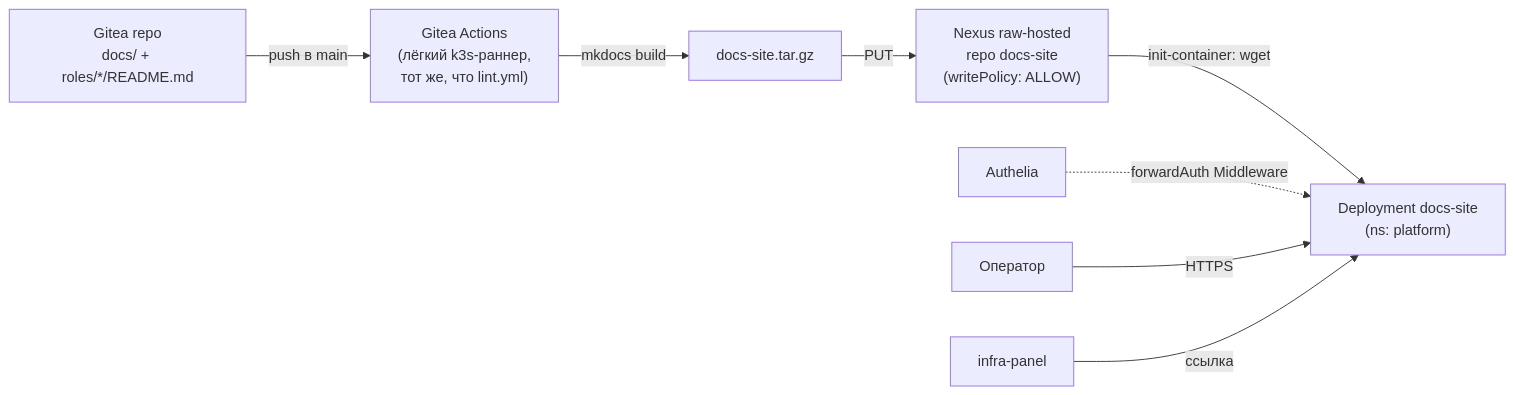
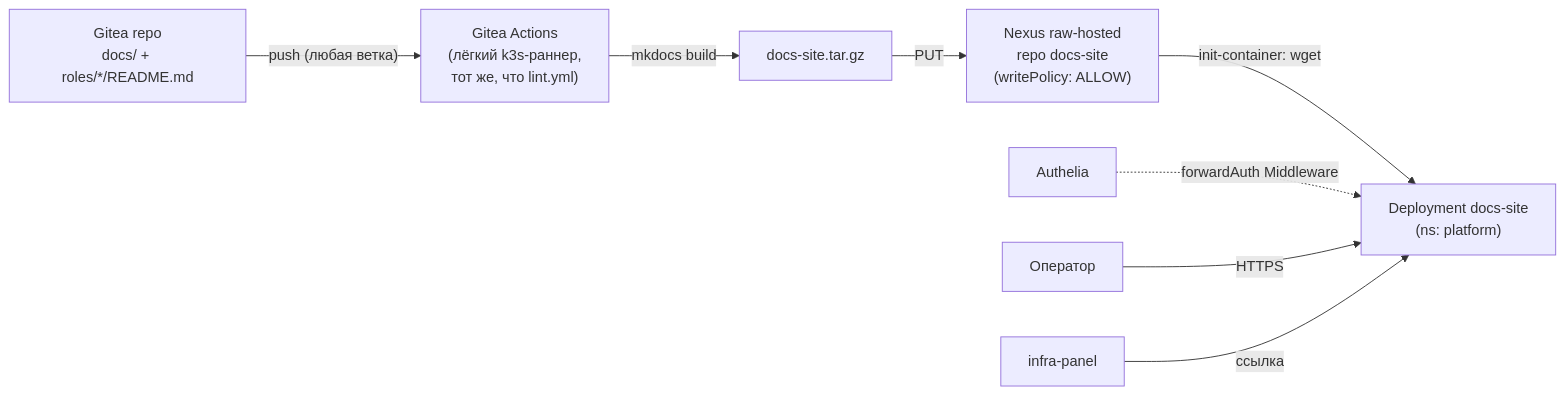
Before and after one commit to vinogradovia/ansible-devops-uslugi: the diagram in docs/adr/0024-platform-docs-site.md, drawn with Mermaid. The commit also changed other lines of this file and 1 other file, not shown here.

First line of the commit message:
fix(docs-site): триггер CI на любую ветку, не только main

````diff
--- a/docs/adr/0024-platform-docs-site.md
+++ b/docs/adr/0024-platform-docs-site.md
@@ -36,10 +36,10 @@
 ```mermaid
 graph LR
-    REPO["Gitea repo<br/>docs/ + roles/*/README.md"] -->|"push в main"| CI["Gitea Actions<br/>(лёгкий k3s-раннер,<br/>тот же, что lint.yml)"]
+    REPO["Gitea repo<br/>docs/ + roles/*/README.md"] -->|"push (любая ветка)"| CI["Gitea Actions<br/>(лёгкий k3s-раннер,<br/>тот же, что lint.yml)"]
     CI -->|"mkdocs build"| ART["docs-site.tar.gz"]
     ART -->|"PUT"| NX["Nexus raw-hosted<br/>repo docs-site<br/>(writePolicy: ALLOW)"]
     NX -->|"init-container: wget"| POD["Deployment docs-site<br/>(ns: platform)"]
     AU["Authelia"] -.->|"forwardAuth Middleware"| POD
     OP["Оператор"] -->|HTTPS| POD
     PANEL["infra-panel"] -->|ссылка| POD
 ```
````
